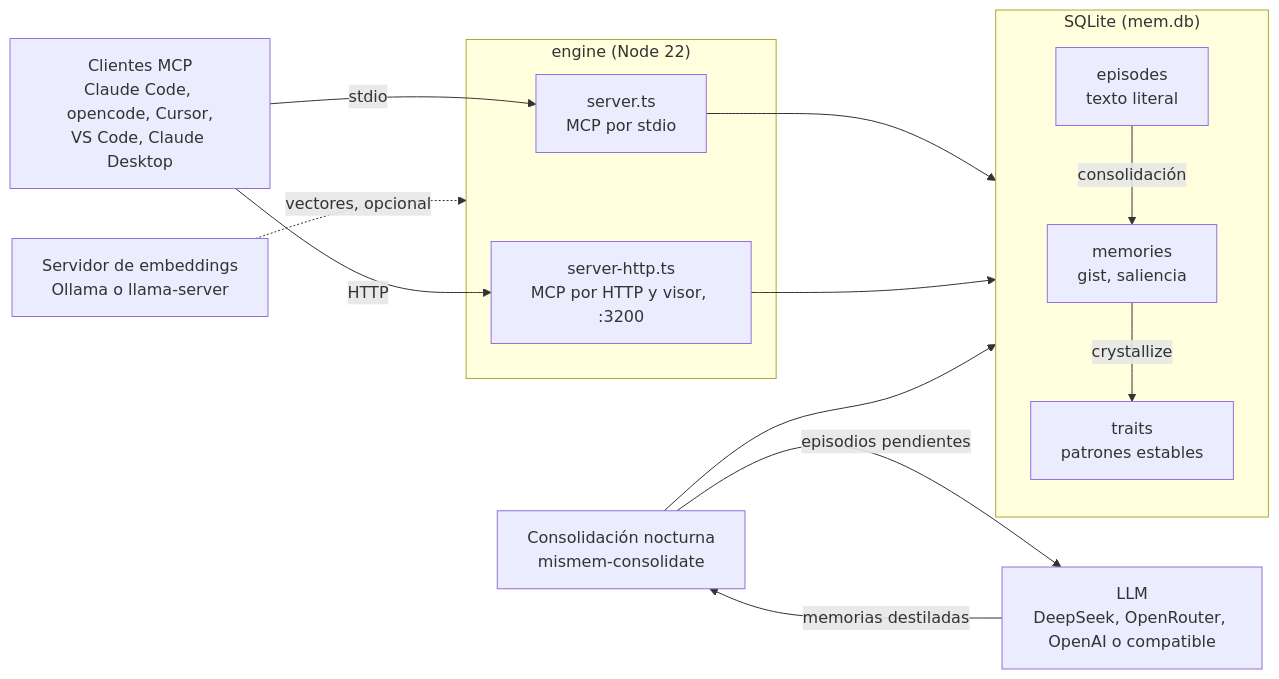
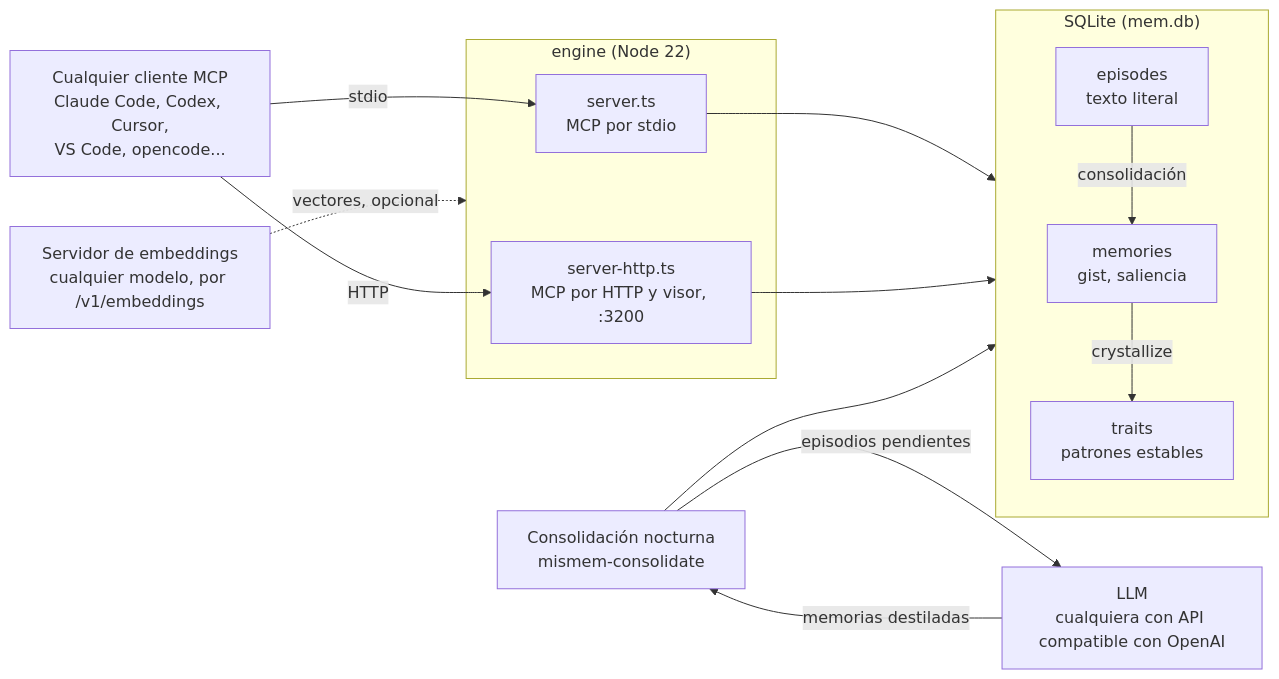
Before and after one commit to lucasmella-stack/misMEM: the diagram in README.md, drawn with Mermaid. The commit also changed other lines of this file and 1 other file, not shown here.

````diff
--- a/README.md
+++ b/README.md
@@ -33,26 +33,26 @@
 ```mermaid
 flowchart LR
-    C["Clientes MCP<br/>Claude Code, opencode, Cursor,<br/>VS Code, Claude Desktop"]
+    C["Cualquier cliente MCP<br/>Claude Code, Codex, Cursor,<br/>VS Code, opencode..."]
 
     subgraph E["engine (Node 22)"]
         S["server.ts<br/>MCP por stdio"]
         H["server-http.ts<br/>MCP por HTTP y visor, :3200"]
     end
 
     subgraph D["SQLite (mem.db)"]
         EP["episodes<br/>texto literal"] -->|consolidación| ME["memories<br/>gist, saliencia"] -->|crystallize| TR["traits<br/>patrones estables"]
     end
 
     N["Consolidación nocturna<br/>mismem-consolidate"]
-    L["LLM<br/>DeepSeek, OpenRouter, OpenAI o compatible"]
-    V["Servidor de embeddings<br/>Ollama o llama-server"]
+    L["LLM<br/>cualquiera con API compatible con OpenAI"]
+    V["Servidor de embeddings<br/>cualquier modelo, por /v1/embeddings"]
 
     C -->|stdio| S
     C -->|HTTP| H
     S --> D
     H --> D
     N -->|episodios pendientes| L
     L -->|memorias destiladas| N
     N --> D
     V -.->|vectores, opcional| E
 ```
````
